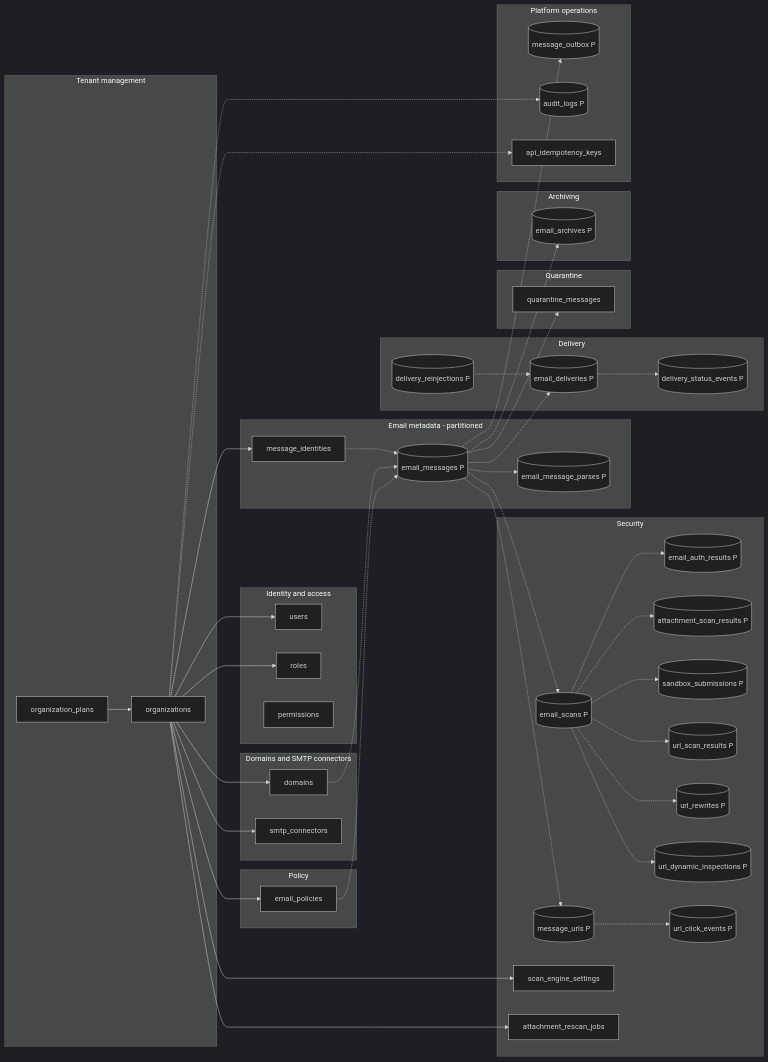
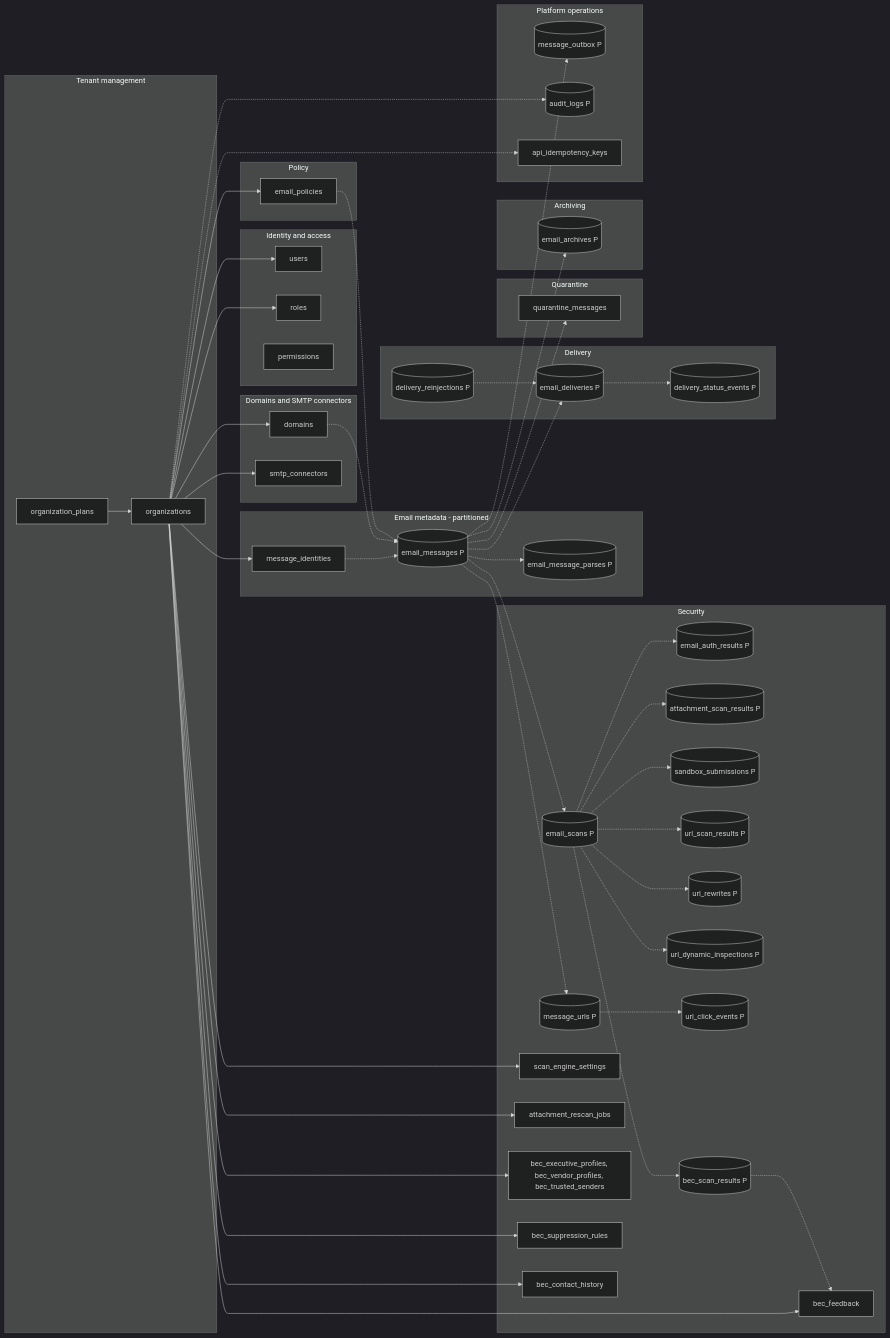
Before and after one commit to mnnitsarvesh-ai/email-gateway: the first of 11 diagrams in docs/database/er-diagram.md, drawn with Mermaid (dark theme). The commit also changed other lines of this file and 272 other files, not shown here.

```diff
--- a/docs/database/er-diagram.md
+++ b/docs/database/er-diagram.md
@@ -41,8 +41,13 @@
     url_rewrites[(url_rewrites P)]
     url_dynamic_inspections[(url_dynamic_inspections P)]
     url_click_events[(url_click_events P)]
+    bec_scan_results[(bec_scan_results P)]
     scan_engine_settings
     attachment_rescan_jobs
+    bec_profiles[bec_executive_profiles, bec_vendor_profiles, bec_trusted_senders]
+    bec_feedback
+    bec_suppression_rules
+    bec_contact_history
   end
   subgraph policy[Policy]
     email_policies
@@ -84,6 +89,12 @@
   message_urls -.-> url_click_events
   organizations --> scan_engine_settings
   organizations --> attachment_rescan_jobs
+  email_scans -.-> bec_scan_results
+  organizations --> bec_profiles
+  organizations --> bec_feedback
+  organizations --> bec_suppression_rules
+  organizations --> bec_contact_history
+  bec_scan_results -.-> bec_feedback
   email_messages -.-> email_deliveries
   delivery_reinjections -.-> email_deliveries
   email_deliveries -.-> delivery_status_events
```
